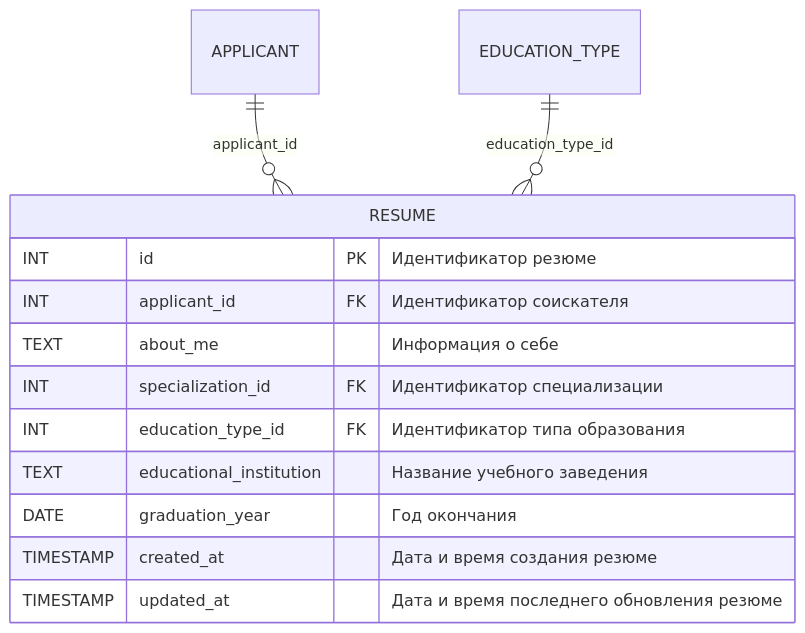
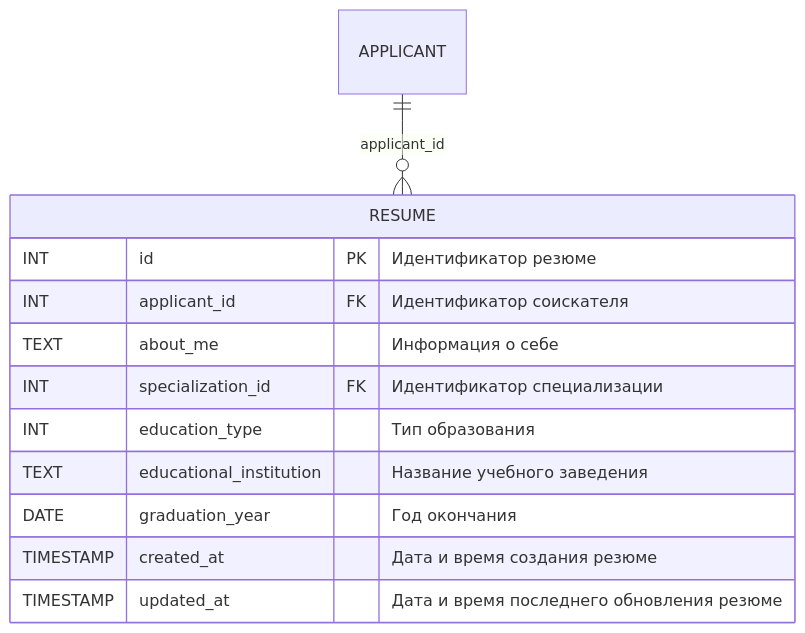
One commit to go-park-mail-ru/2025_1_Orange changed diagram 17 of 19 in db/normalized/relations.md. Above: the diagram before and after it, drawn with Mermaid. The commit also changed other lines of this file and 1 other file, not shown here.

````diff
--- a/db/normalized/relations.md
+++ b/db/normalized/relations.md
@@ -756,16 +621,15 @@
 ```mermaid
 erDiagram
     RESUME {
         INT id PK "Идентификатор резюме"
         INT applicant_id FK "Идентификатор соискателя"
         TEXT about_me "Информация о себе"
         INT specialization_id FK "Идентификатор специализации"
-        INT education_type_id FK "Идентификатор типа образования"
+        INT education_type "Тип образования"
         TEXT educational_institution "Название учебного заведения"
         DATE graduation_year "Год окончания"
         TIMESTAMP created_at "Дата и время создания резюме"
         TIMESTAMP updated_at "Дата и время последнего обновления резюме"
     }
     APPLICANT ||--o{ RESUME : "applicant_id"
-    EDUCATION_TYPE ||--o{ RESUME : "education_type_id"
 ```
````
